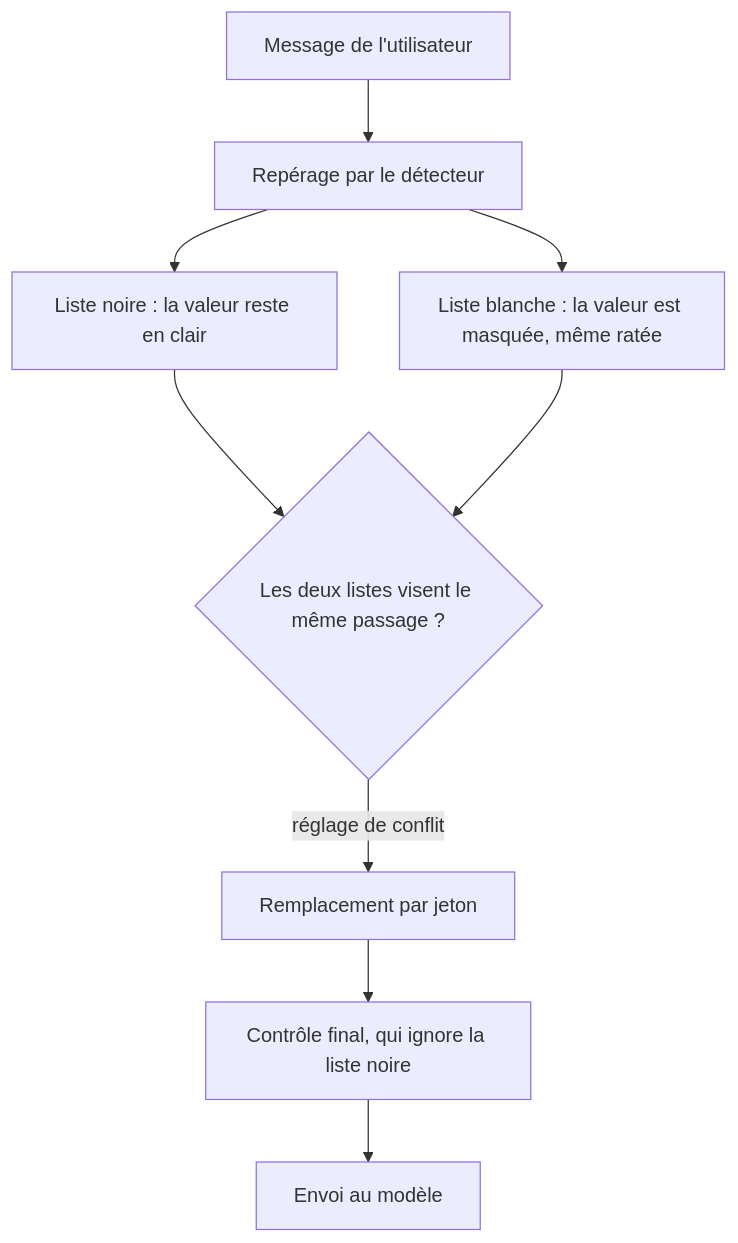
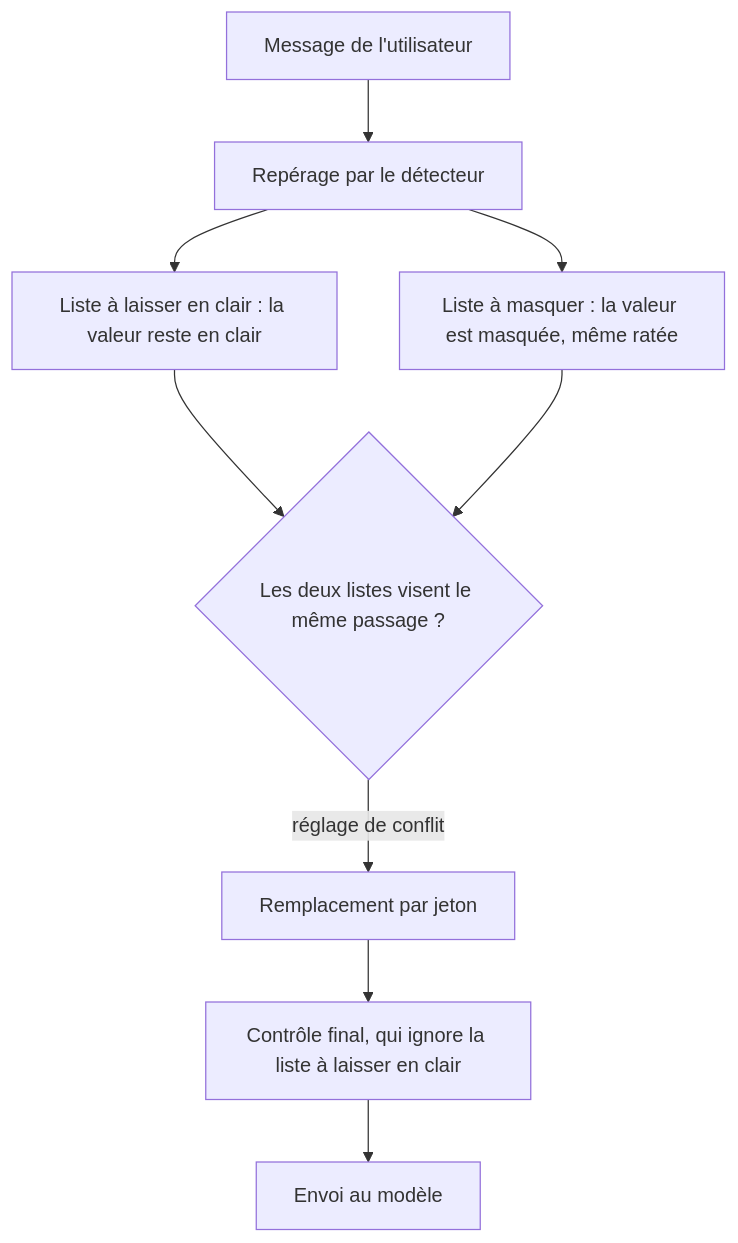
Before and after one commit to Athroniaeth/piighost: the diagram in openwiki/fr/processes/impose-a-whitelist-and-blacklist.md, drawn with Mermaid. The commit also changed other lines of this file and 24 other files, not shown here.

````diff
--- a/openwiki/fr/processes/impose-a-whitelist-and-blacklist.md
+++ b/openwiki/fr/processes/impose-a-whitelist-and-blacklist.md
@@ -39,11 +39,11 @@
 ```mermaid
 flowchart TD
     A["Message de l'utilisateur"] --> B["Repérage par le détecteur"]
-    B --> C["Liste noire : la valeur reste en clair"]
-    B --> D["Liste blanche : la valeur est masquée, même ratée"]
+    B --> C["Liste à laisser en clair : la valeur reste en clair"]
+    B --> D["Liste à masquer : la valeur est masquée, même ratée"]
     C --> E{"Les deux listes visent le même passage ?"}
     D --> E
     E -- "réglage de conflit" --> F["Remplacement par jeton"]
-    F --> G["Contrôle final, qui ignore la liste noire"]
+    F --> G["Contrôle final, qui ignore la liste à laisser en clair"]
     G --> H["Envoi au modèle"]
 ```
````
